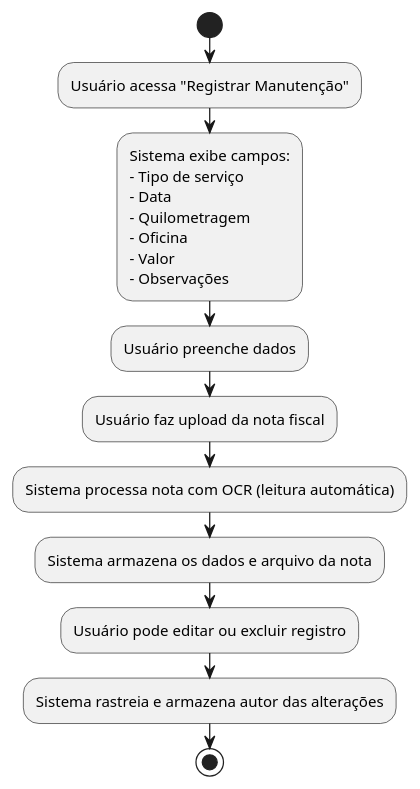
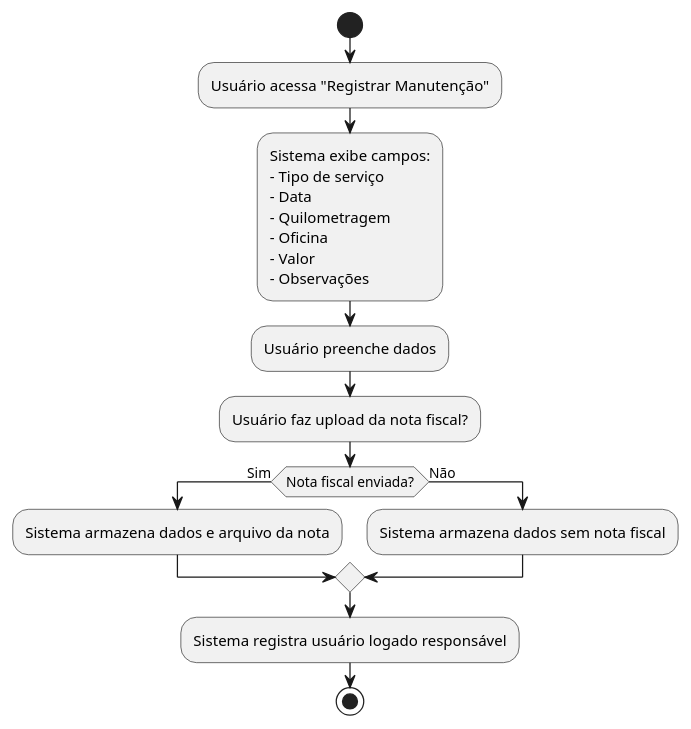
The diagram in modelos/atividade/UC_Manutenção.md (MirelleAlves/2025.1_AOO_AV), drawn with PlantUML before and after one commit. The commit also changed other lines of this file, not shown here.

````diff
--- a/modelos/atividade/UC_Manutenção.md
+++ b/modelos/atividade/UC_Manutenção.md
@@ -9,29 +9,30 @@
 ```puml
- @startuml
+@startuml
 start
 
 :Usuário acessa "Registrar Manutenção";
 
 :Sistema exibe campos:
 - Tipo de serviço
 - Data
 - Quilometragem
 - Oficina
 - Valor
 - Observações;
 
 :Usuário preenche dados;
 
-:Usuário faz upload da nota fiscal;
+:Usuário faz upload da nota fiscal?;
 
-:Sistema processa nota com OCR (leitura automática);
+if (Nota fiscal enviada?) then (Sim)
+  :Sistema armazena dados e arquivo da nota;
+else (Não)
+  :Sistema armazena dados sem nota fiscal;
+endif
 
-:Sistema armazena os dados e arquivo da nota;
-
-:Usuário pode editar ou excluir registro;
-
-:Sistema rastreia e armazena autor das alterações;
+:Sistema registra usuário logado responsável;
 
 stop
 @enduml
+
 ```
````
